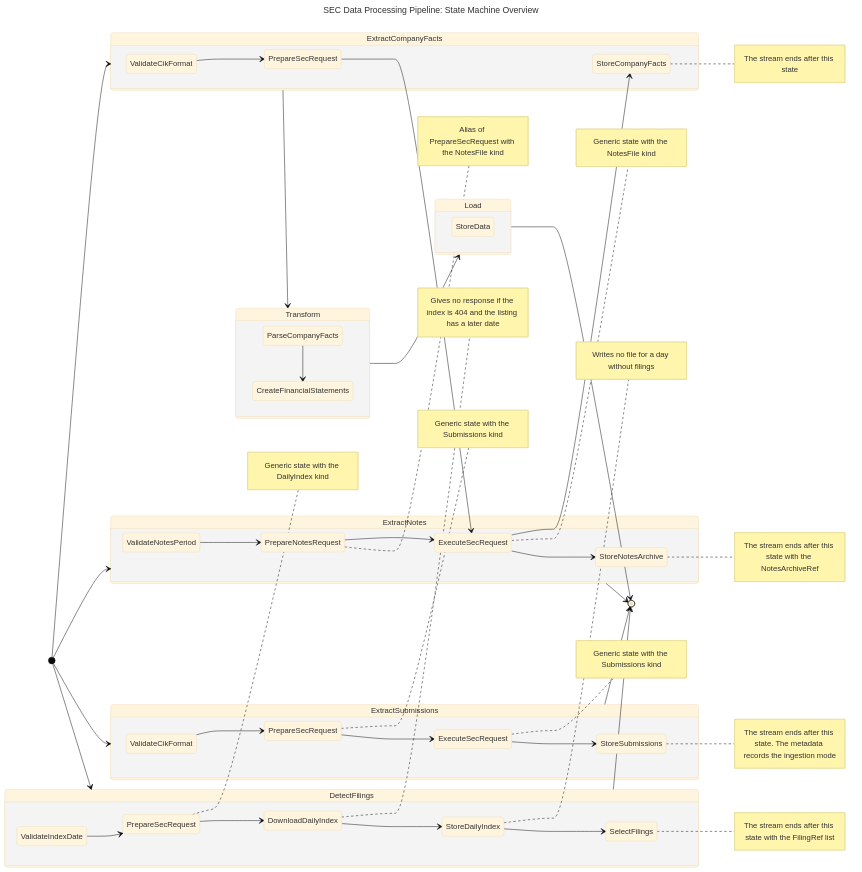
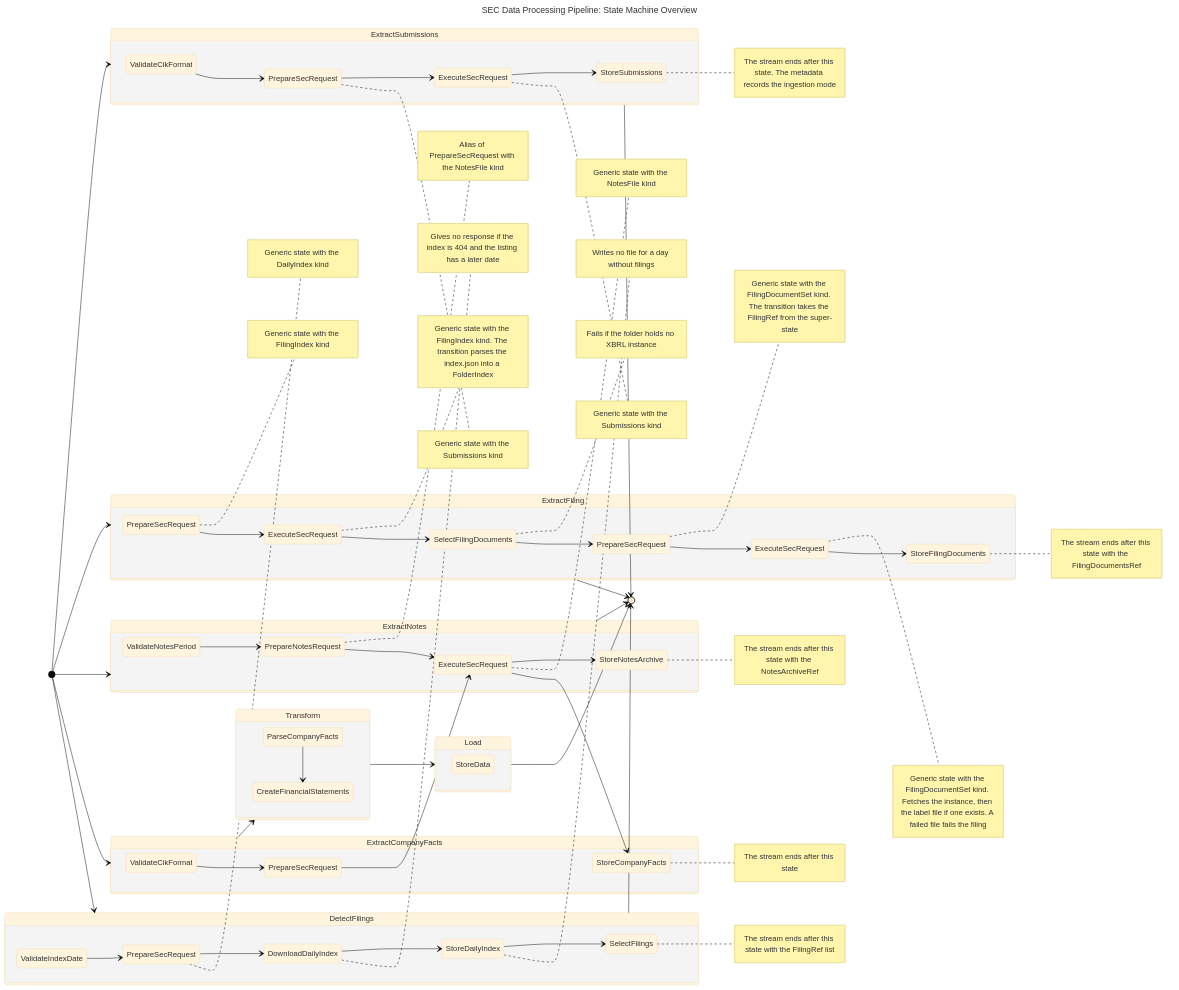
One commit to ironcapitaleu/arkad changed the diagram in sec/design/state_diagram/sec_state_machine.md. Above: the diagram before and after it, drawn with Mermaid (base theme). The commit also changed 1 other file, not shown here.

First paragraph of the commit message:
feat(sec): stream ExtractFilingSuperState and return its documents (#368)
* feat(sec): add the transition into SelectFilingDocuments

```diff
--- a/sec/design/state_diagram/sec_state_machine.md
+++ b/sec/design/state_diagram/sec_state_machine.md
@@ -46,6 +46,28 @@
 
     DetectFilings --> [*]
 
+    %% `ExtractFiling` SuperState, one per FilingRef that SelectFilings picked
+    [*] --> ExtractFiling
+    state ExtractFiling {
+        state "PrepareSecRequest" as PrepareFilingIndexRequest
+        state "ExecuteSecRequest" as ExecuteFilingIndexRequest
+        state "PrepareSecRequest" as PrepareFilingDocumentsRequest
+        state "ExecuteSecRequest" as ExecuteFilingDocumentsRequest
+        PrepareFilingIndexRequest --> ExecuteFilingIndexRequest
+        note right of PrepareFilingIndexRequest : Generic state with the FilingIndex kind
+        ExecuteFilingIndexRequest --> SelectFilingDocuments
+        note right of ExecuteFilingIndexRequest : Generic state with the FilingIndex kind. The transition parses the index.json into a FolderIndex
+        SelectFilingDocuments --> PrepareFilingDocumentsRequest
+        note right of SelectFilingDocuments : Fails if the folder holds no XBRL instance
+        PrepareFilingDocumentsRequest --> ExecuteFilingDocumentsRequest
+        note right of PrepareFilingDocumentsRequest : Generic state with the FilingDocumentSet kind. The transition takes the FilingRef from the super-state
+        ExecuteFilingDocumentsRequest --> StoreFilingDocuments
+        note right of ExecuteFilingDocumentsRequest : Generic state with the FilingDocumentSet kind. Fetches the instance, then the label file if one exists. A failed file fails the filing
+        note right of StoreFilingDocuments : The stream ends after this state with the FilingDocumentsRef
+    }
+
+    ExtractFiling --> [*]
+
     %% `ExtractSubmissions` SuperState, one per company, on both ingestion paths
     [*] --> ExtractSubmissions
     state ExtractSubmissions {
```
